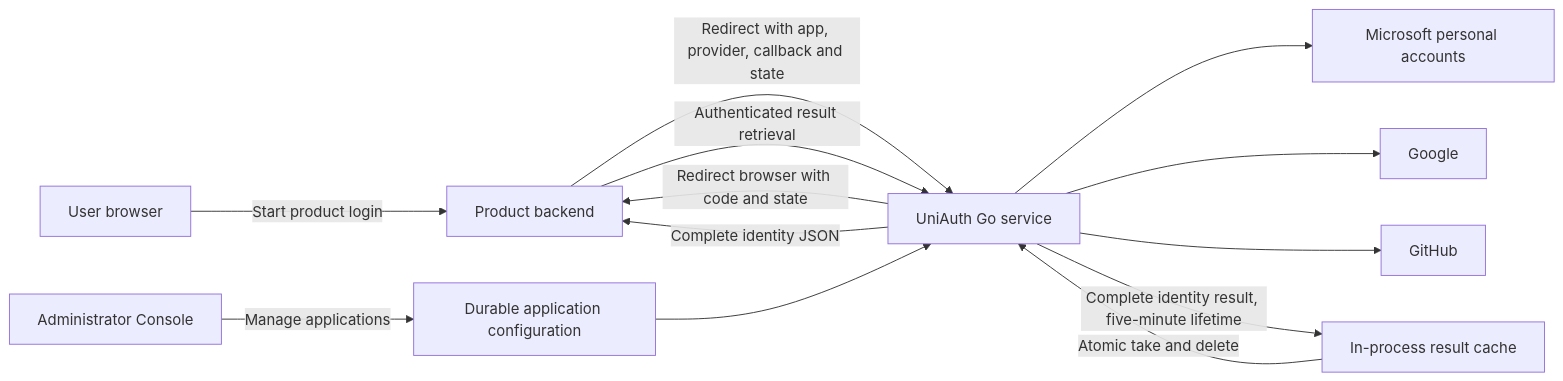
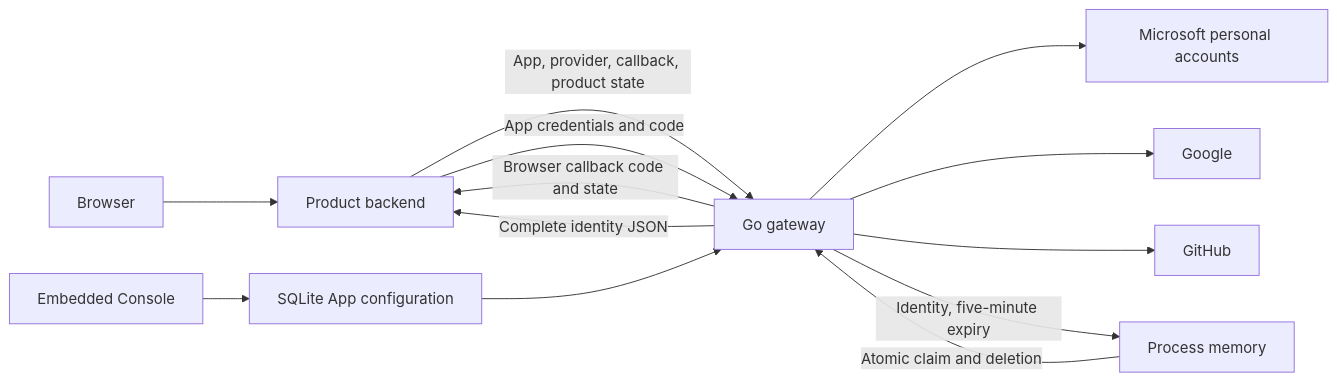
Before and after one commit to codetreker/uniauth: the diagram in docs/blueprint/README.md, drawn with Mermaid. The commit also changed other lines of this file and 74 other files, not shown here.

````diff
--- a/docs/blueprint/README.md
+++ b/docs/blueprint/README.md
@@ -30,15 +39,15 @@
 ```mermaid
 flowchart LR
-    Browser[User browser] -->|Start product login| Product[Product backend]
-    Product -->|Redirect with app, provider, callback and state| Gateway[UniAuth Go service]
+    Browser[Browser] --> Product[Product backend]
+    Product -->|App, provider, callback, product state| Gateway[Go gateway]
     Gateway --> Microsoft[Microsoft personal accounts]
     Gateway --> Google[Google]
     Gateway --> GitHub[GitHub]
-    Gateway -->|Complete identity result, five-minute lifetime| Cache[In-process result cache]
-    Gateway -->|Redirect browser with code and state| Product
-    Product -->|Authenticated result retrieval| Gateway
-    Cache -->|Atomic take and delete| Gateway
+    Gateway -->|Identity, five-minute expiry| Cache[Process memory]
+    Gateway -->|Browser callback code and state| Product
+    Product -->|App credentials and code| Gateway
+    Cache -->|Atomic claim and deletion| Gateway
     Gateway -->|Complete identity JSON| Product
-    Console[Administrator Console] -->|Manage applications| Config[Durable application configuration]
-    Config --> Gateway
+    Console[Embedded Console] --> Apps[SQLite App configuration]
+    Apps --> Gateway
 ```
````
